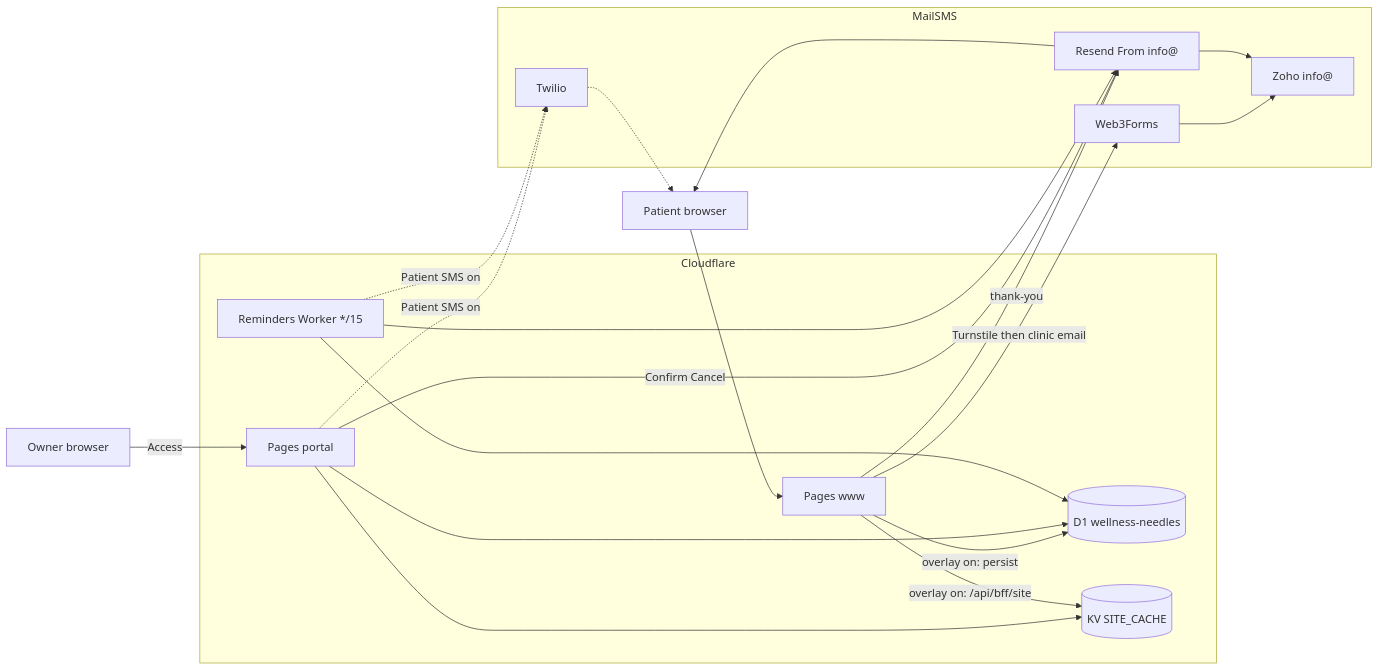
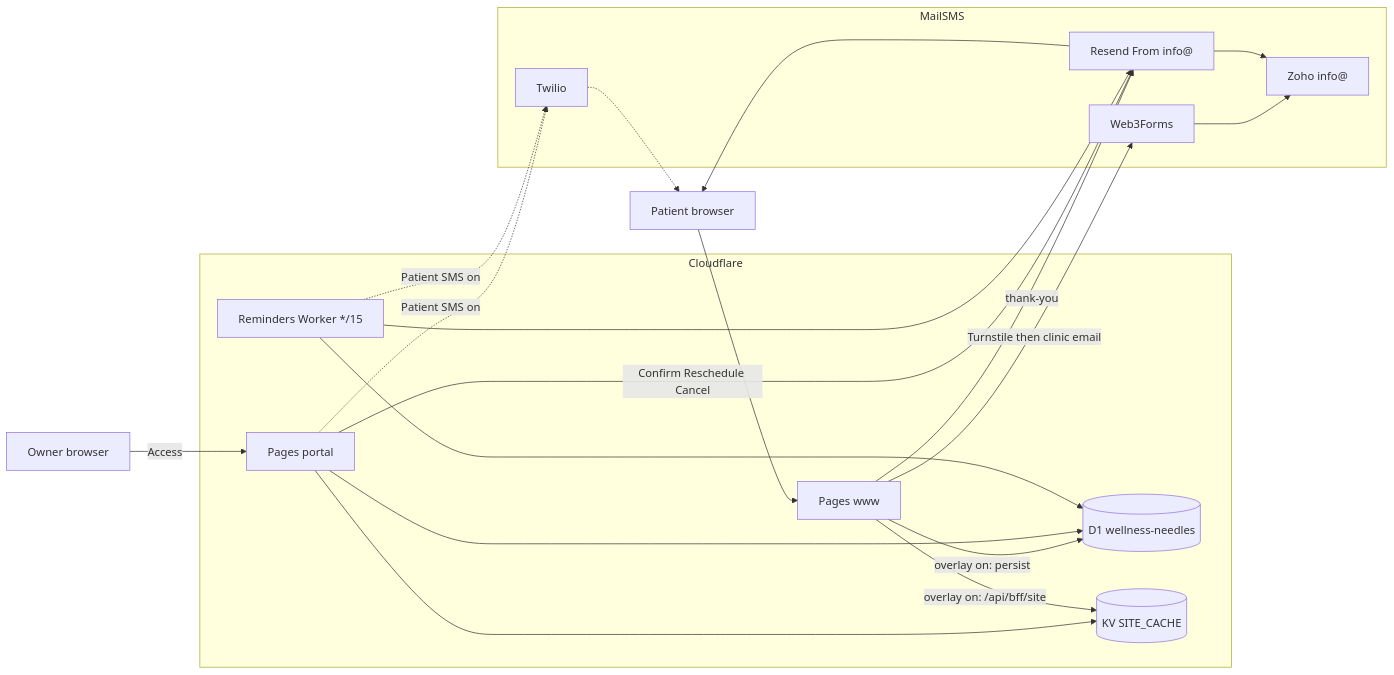
The diagram in docs/architecture-system.mmd (hbacalso1229/wellness-needles), drawn with Mermaid before and after one commit. The commit also changed 24 other files, not shown here.

```diff
--- a/docs/architecture-system.mmd
+++ b/docs/architecture-system.mmd
@@ -1,36 +1,36 @@
 flowchart LR
   Patient[Patient browser]
   Owner[Owner browser]
 
   subgraph Cloudflare
     WWW[Pages www]
     Portal[Pages portal]
     Worker[Reminders Worker */15]
     D1[(D1 wellness-needles)]
     KV[(KV SITE_CACHE)]
   end
 
   subgraph MailSMS
     W3[Web3Forms]
     Resend[Resend From info@]
     Zoho[Zoho info@]
     Twilio[Twilio]
   end
 
   Patient --> WWW
   Owner -->|Access| Portal
   WWW -->|Turnstile then clinic email| W3
   W3 --> Zoho
   WWW -->|overlay on: persist| D1
   WWW -->|thank-you| Resend
   Resend --> Patient
   Portal --> D1
   Portal --> KV
   WWW -->|overlay on: /api/bff/site| KV
-  Portal -->|Confirm Cancel| Resend
+  Portal -->|Confirm Reschedule Cancel| Resend
   Resend --> Zoho
   Worker --> D1
   Worker --> Resend
   Portal -.->|Patient SMS on| Twilio
   Worker -.->|Patient SMS on| Twilio
   Twilio -.-> Patient
```
